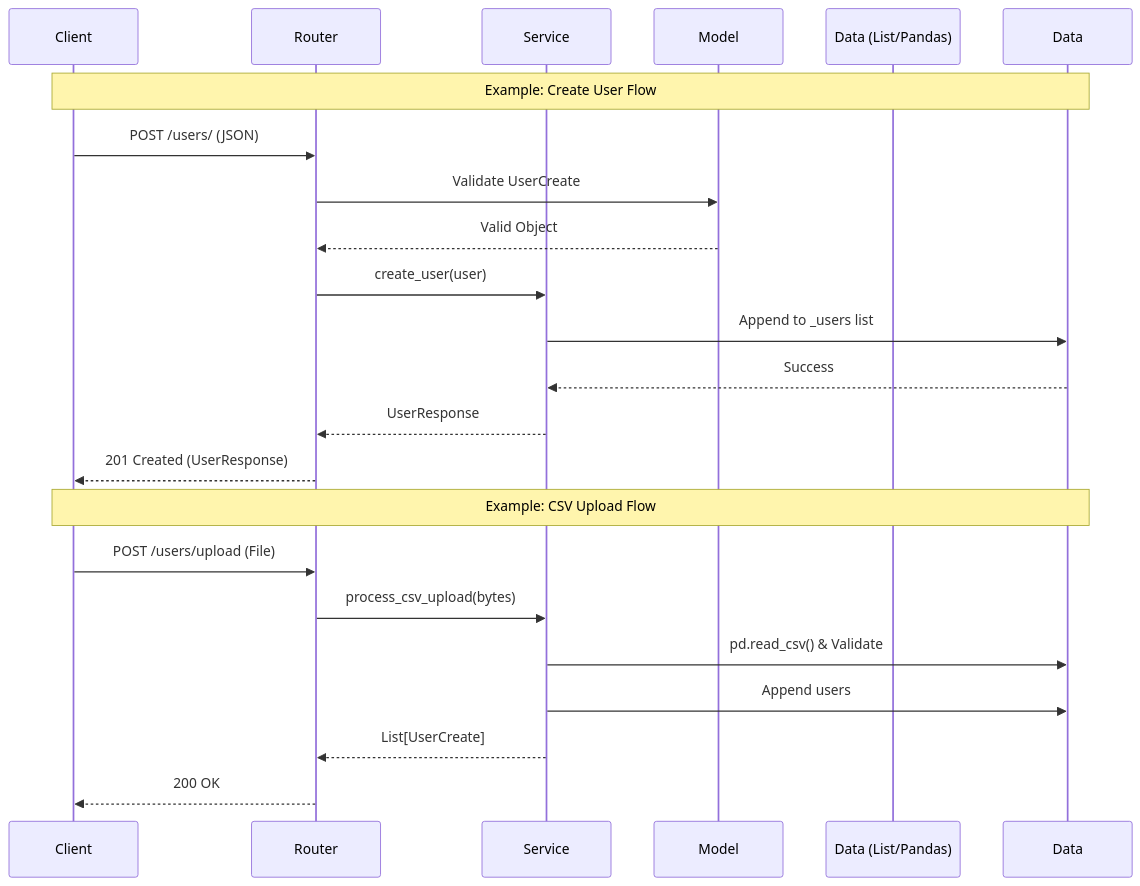
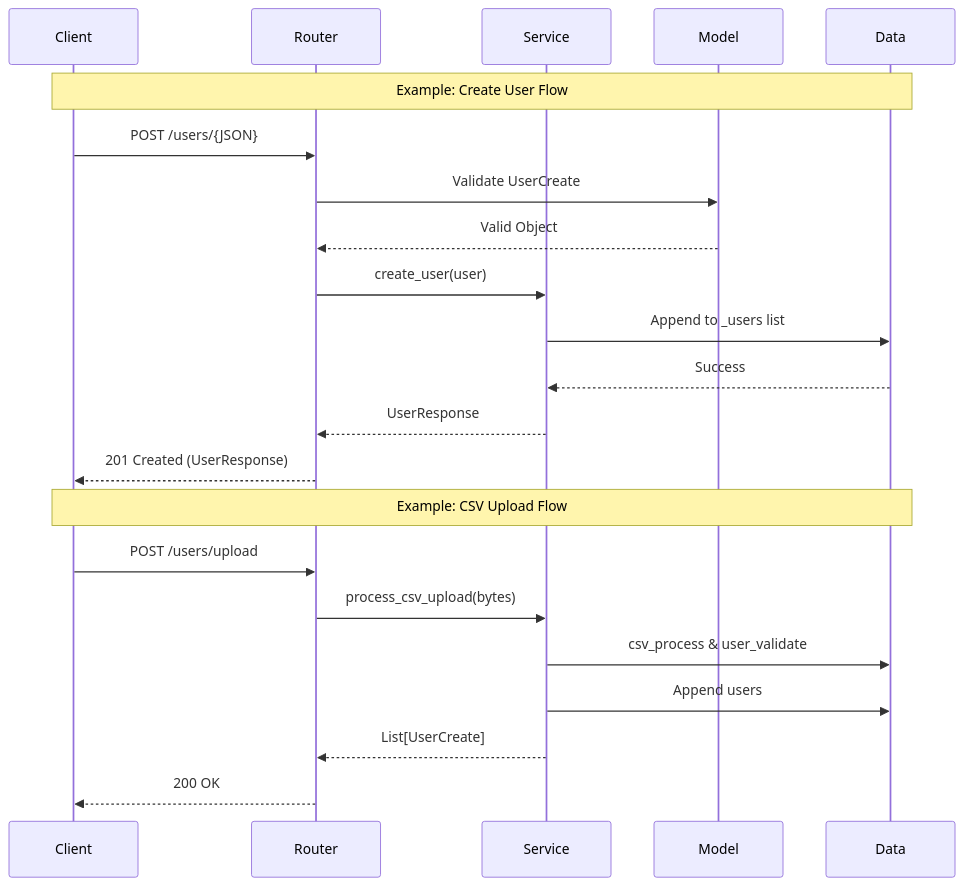
One commit to Jason910315/Backend-api-practice changed the diagram in README.md. Above: the diagram before and after it, drawn with Mermaid. The commit also changed other lines of this file, not shown here.

````diff
--- a/README.md
+++ b/README.md
@@ -18,26 +58,26 @@
 ```mermaid
 sequenceDiagram
     participant Client
     participant Router
     participant Service
     participant Model
-    participant Data (List/Pandas)
+    participant Data
 
     Note over Client, Data: Example: Create User Flow
-    Client->>Router: POST /users/ (JSON)
+    Client->>Router: POST /users/{JSON}
     Router->>Model: Validate UserCreate
     Model-->>Router: Valid Object
     Router->>Service: create_user(user)
     Service->>Data: Append to _users list
     Data-->>Service: Success
     Service-->>Router: UserResponse
     Router-->>Client: 201 Created (UserResponse)
 
     Note over Client, Data: Example: CSV Upload Flow
-    Client->>Router: POST /users/upload (File)
+    Client->>Router: POST /users/upload
     Router->>Service: process_csv_upload(bytes)
-    Service->>Data: pd.read_csv() & Validate
+    Service->>Data: csv_process & user_validate
     Service->>Data: Append users
     Service-->>Router: List[UserCreate]
     Router-->>Client: 200 OK
 ```
````
